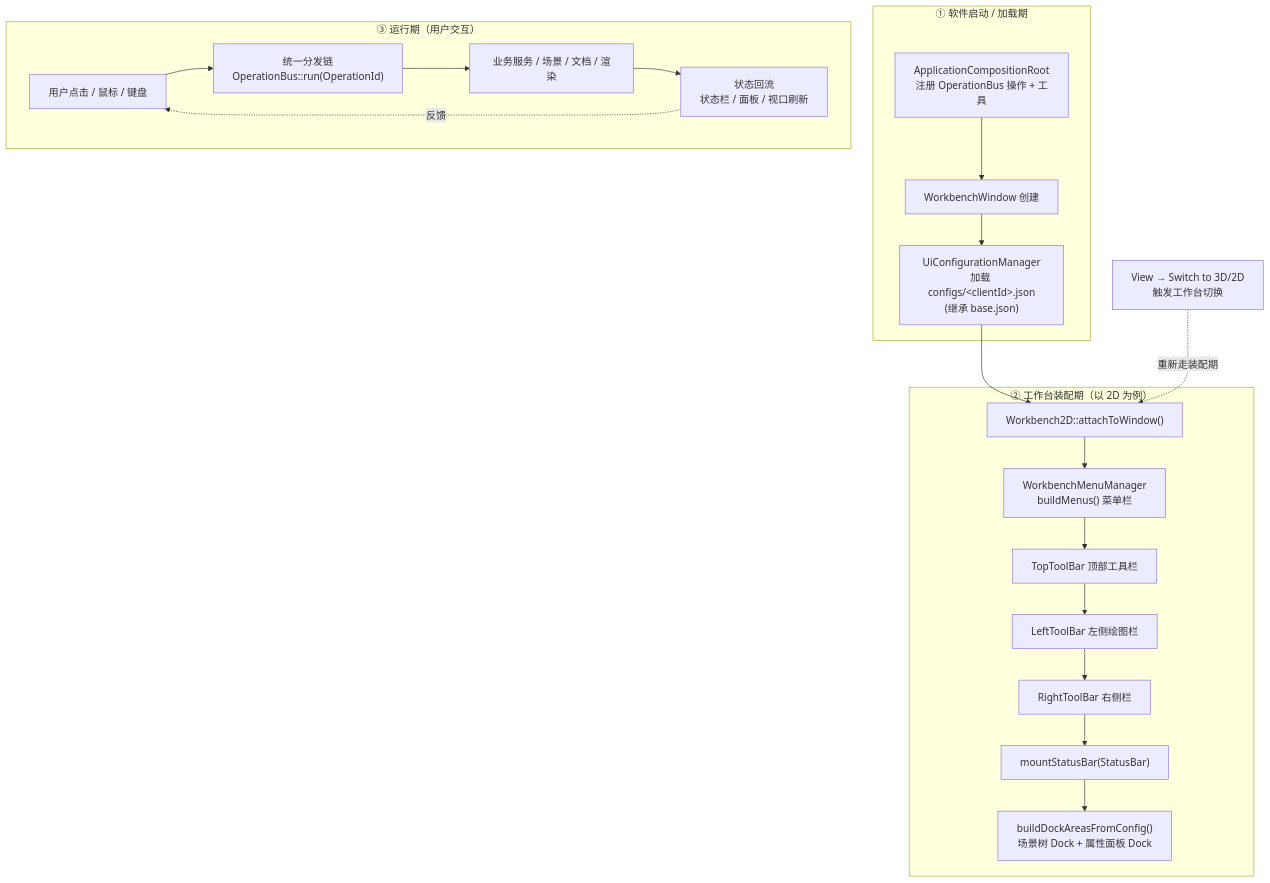
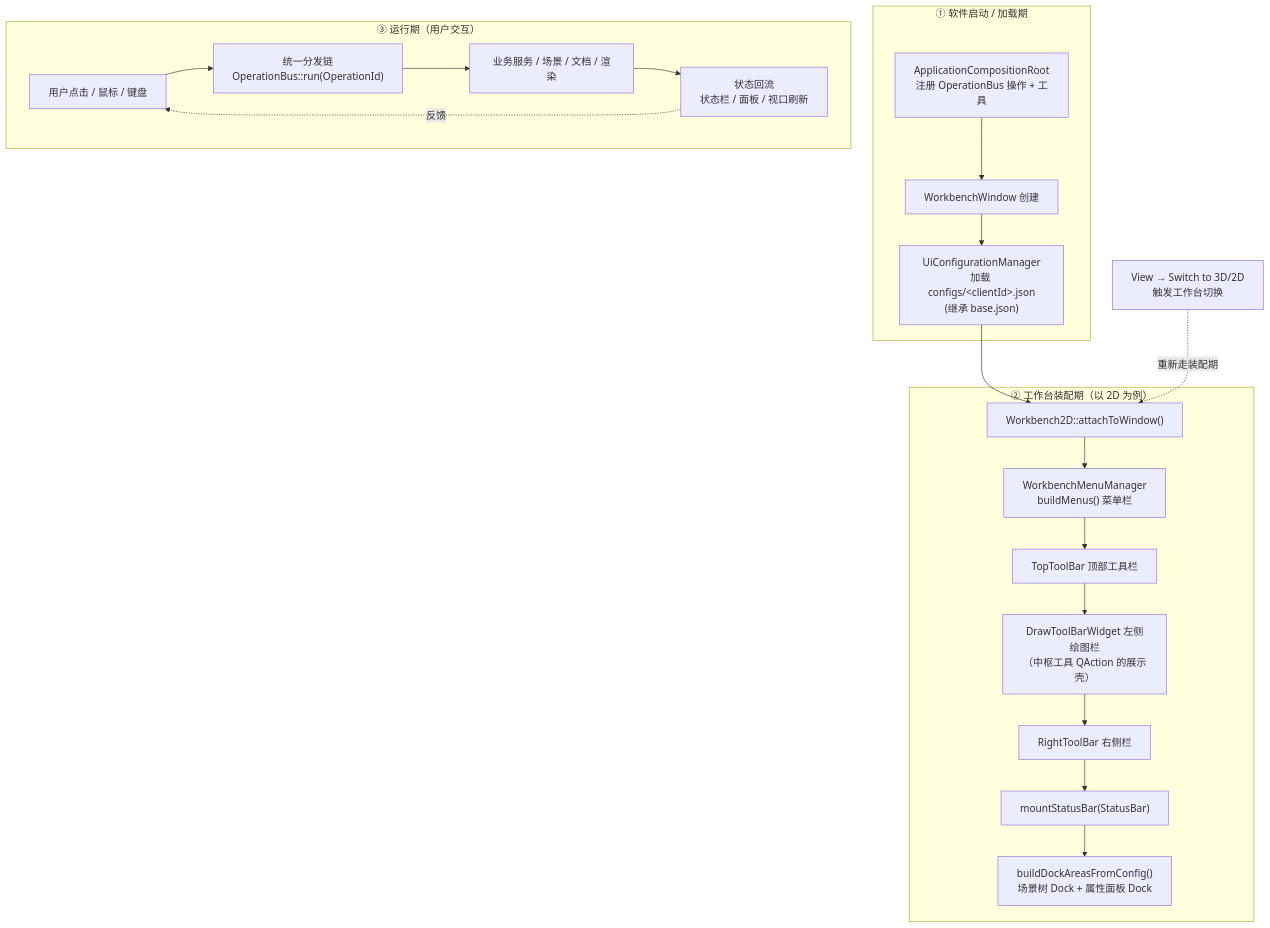
One commit to yulinxx/CAD changed the first of 16 diagrams in Docs/01-当前架构/UI交互流程.md. Above: the diagram before and after it, drawn with Mermaid. The commit also changed other lines of this file and 13 other files, not shown here.

First line of the commit message:
refactor(2d): 左侧绘图工具栏改为消费命令中枢 QAction，绘图工具入口收口

````diff
--- a/Docs/01-当前架构/UI交互流程.md
+++ b/Docs/01-当前架构/UI交互流程.md
@@ -16,32 +16,32 @@
 ```mermaid
 flowchart TB
     subgraph 启动期["① 软件启动 / 加载期"]
         App["ApplicationCompositionRoot<br/>注册 OperationBus 操作 + 工具"]
         WB["WorkbenchWindow 创建"]
         Load["UiConfigurationManager<br/>加载 configs/&lt;clientId&gt;.json<br/>(继承 base.json)"]
         App --> WB --> Load
     end
 
     subgraph 装配期["② 工作台装配期（以 2D 为例）"]
         Attach["Workbench2D::attachToWindow()"]
         Menu["WorkbenchMenuManager<br/>buildMenus() 菜单栏"]
         Top["TopToolBar 顶部工具栏"]
-        Left["LeftToolBar 左侧绘图栏"]
+        Left["DrawToolBarWidget 左侧绘图栏<br/>（中枢工具 QAction 的展示壳）"]
         Right["RightToolBar 右侧栏"]
         Status["mountStatusBar(StatusBar)"]
         Docks["buildDockAreasFromConfig()<br/>场景树 Dock + 属性面板 Dock"]
         Attach --> Menu --> Top --> Left --> Right --> Status --> Docks
     end
 
     subgraph 运行期["③ 运行期（用户交互）"]
         Click["用户点击 / 鼠标 / 键盘"]
         Dispatch["统一分发链<br/>OperationBus::run(OperationId)"]
         Biz["业务服务 / 场景 / 文档 / 渲染"]
         Sync["状态回流<br/>状态栏 / 面板 / 视口刷新"]
         Click --> Dispatch --> Biz --> Sync
         Sync -.反馈.-> Click
     end
 
     Load --> Attach
     切换["View → Switch to 3D/2D<br/>触发工作台切换"] -.重新走装配期.-> Attach
 ```
````
